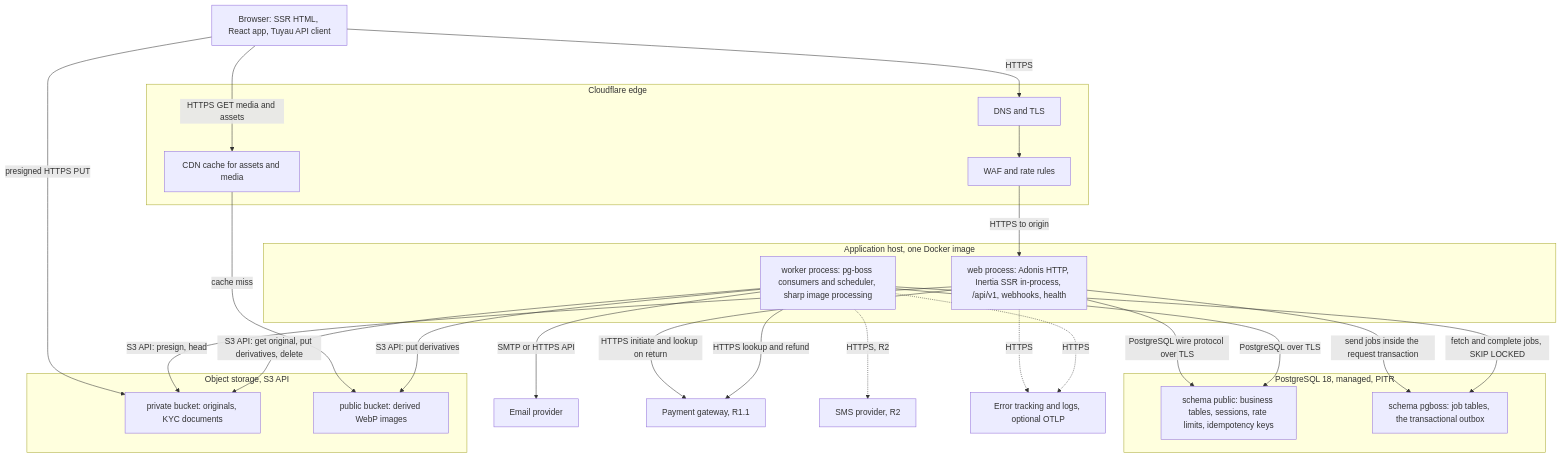
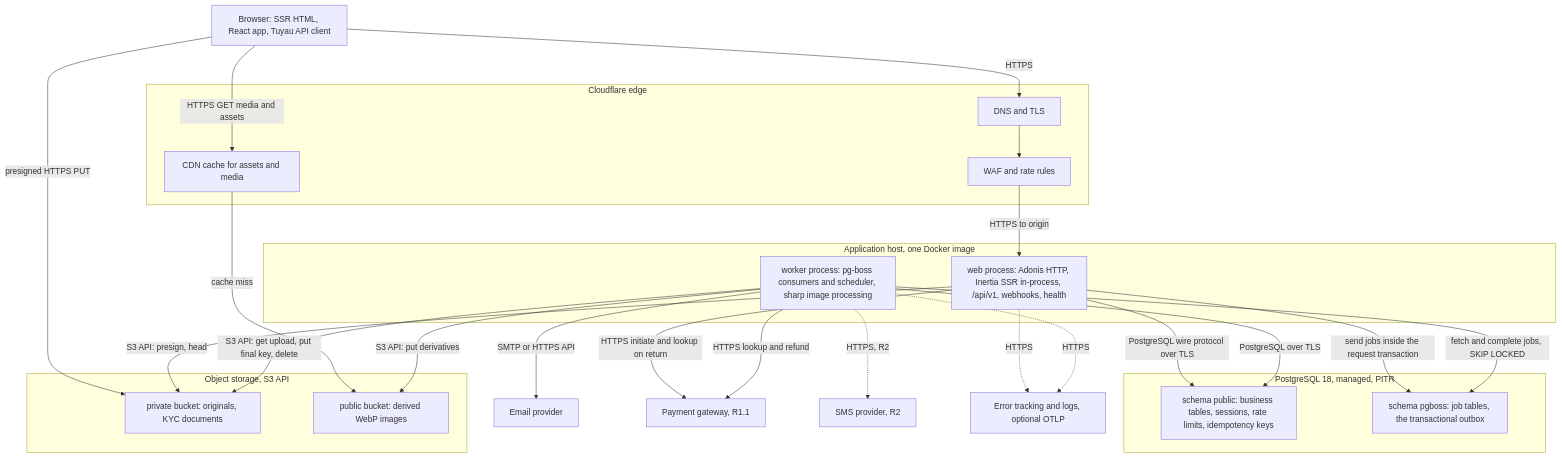
One commit to harublank0-0/drip-nepal changed the second of 12 diagrams in docs/03-system-architecture.md. Above: the diagram before and after it, drawn with Mermaid. The commit also changed other lines of this file, not shown here.

````diff
--- a/docs/03-system-architecture.md
+++ b/docs/03-system-architecture.md
@@ -152,53 +152,53 @@
 ```mermaid
 flowchart TB
   browser["Browser: SSR HTML, React app, Tuyau API client"]
 
   subgraph edge["Cloudflare edge"]
     cfdns["DNS and TLS"]
     cfcache["CDN cache for assets and media"]
     cfwaf["WAF and rate rules"]
   end
 
   subgraph app["Application host, one Docker image"]
     web["web process: Adonis HTTP, Inertia SSR in-process, /api/v1, webhooks, health"]
     worker["worker process: pg-boss consumers and scheduler, sharp image processing"]
   end
 
   subgraph pg["PostgreSQL 18, managed, PITR"]
     appschema["schema public: business tables, sessions, rate limits, idempotency keys"]
     bossschema["schema pgboss: job tables, the transactional outbox"]
   end
 
   subgraph obj["Object storage, S3 API"]
     privbucket["private bucket: originals, KYC documents"]
     pubbucket["public bucket: derived WebP images"]
   end
 
   mail["Email provider"]
   pay["Payment gateway, R1.1"]
   smsp["SMS provider, R2"]
   telemetry["Error tracking and logs, optional OTLP"]
 
   browser -->|HTTPS| cfdns
   cfdns --> cfwaf
   cfwaf -->|HTTPS to origin| web
   browser -->|HTTPS GET media and assets| cfcache
   cfcache -->|cache miss| pubbucket
   browser -->|presigned HTTPS PUT| privbucket
 
   web -->|PostgreSQL wire protocol over TLS| appschema
   web -->|send jobs inside the request transaction| bossschema
   worker -->|fetch and complete jobs, SKIP LOCKED| bossschema
   worker -->|PostgreSQL over TLS| appschema
 
   web -->|S3 API: presign, head| privbucket
-  worker -->|S3 API: get original, put derivatives, delete| privbucket
+  worker -->|S3 API: get upload, put final key, delete| privbucket
   worker -->|S3 API: put derivatives| pubbucket
 
   worker -->|SMTP or HTTPS API| mail
   web -->|HTTPS initiate and lookup on return| pay
   worker -->|HTTPS lookup and refund| pay
   worker -.->|HTTPS, R2| smsp
   web -.->|HTTPS| telemetry
   worker -.->|HTTPS| telemetry
 ```
````
